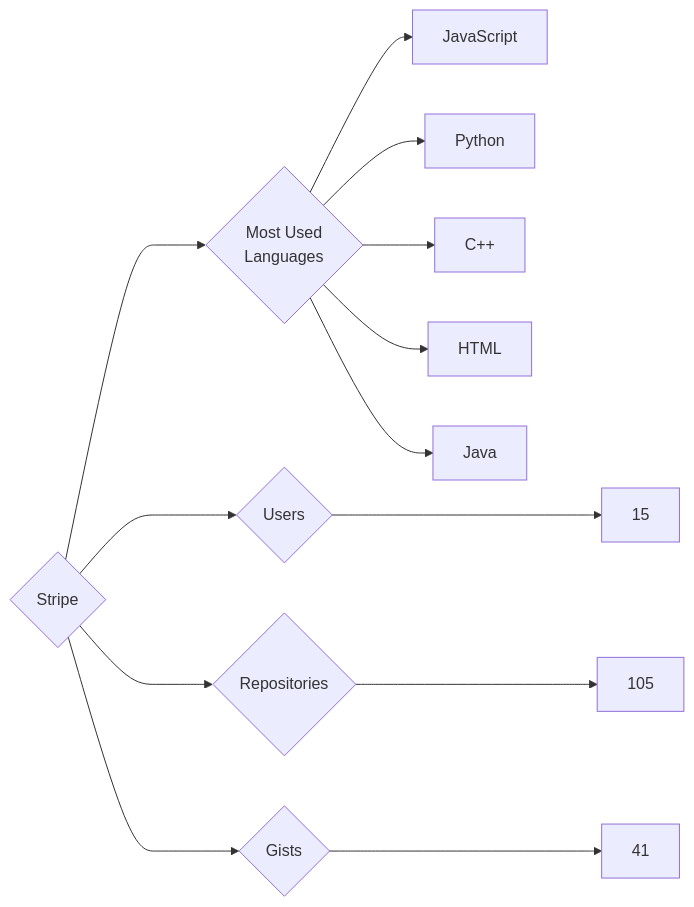
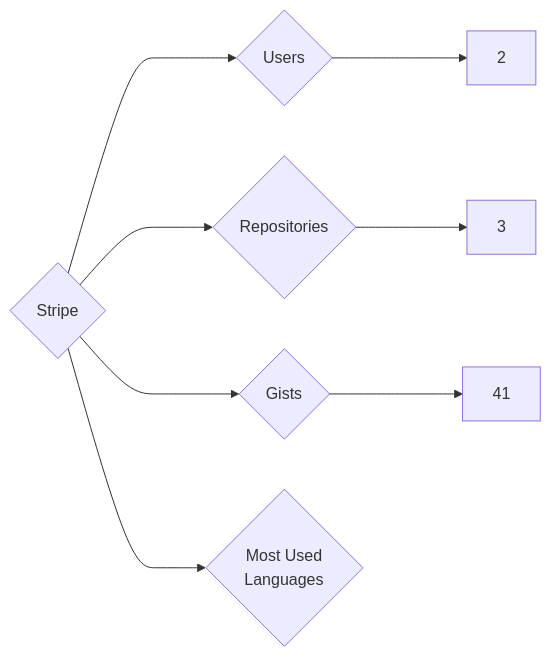
One commit to trickest/insiders changed the diagram in targets/Stripe/README.md. Above: the diagram before and after it, drawn with Mermaid. The commit also changed 796 other files, not shown here.

````diff
--- a/targets/Stripe/README.md
+++ b/targets/Stripe/README.md
@@ -3,13 +3,8 @@
 ```mermaid
 graph LR
 COMPANY_NAME{Stripe}
-COMPANY_NAME ---> U{Users} ---> UN[15]
-COMPANY_NAME ---> R{Repositories} ---> RN[105]
+COMPANY_NAME ---> U{Users} ---> UN[2]
+COMPANY_NAME ---> R{Repositories} ---> RN[3]
 COMPANY_NAME ---> G{Gists} ---> GN[41]
 COMPANY_NAME ---> ML{Most Used<br>Languages}
-ML --> JavaScript[JavaScript]
-ML --> Python[Python]
-ML --> C++[C++]
-ML --> HTML[HTML]
-ML --> Java[Java]
 ```
````
